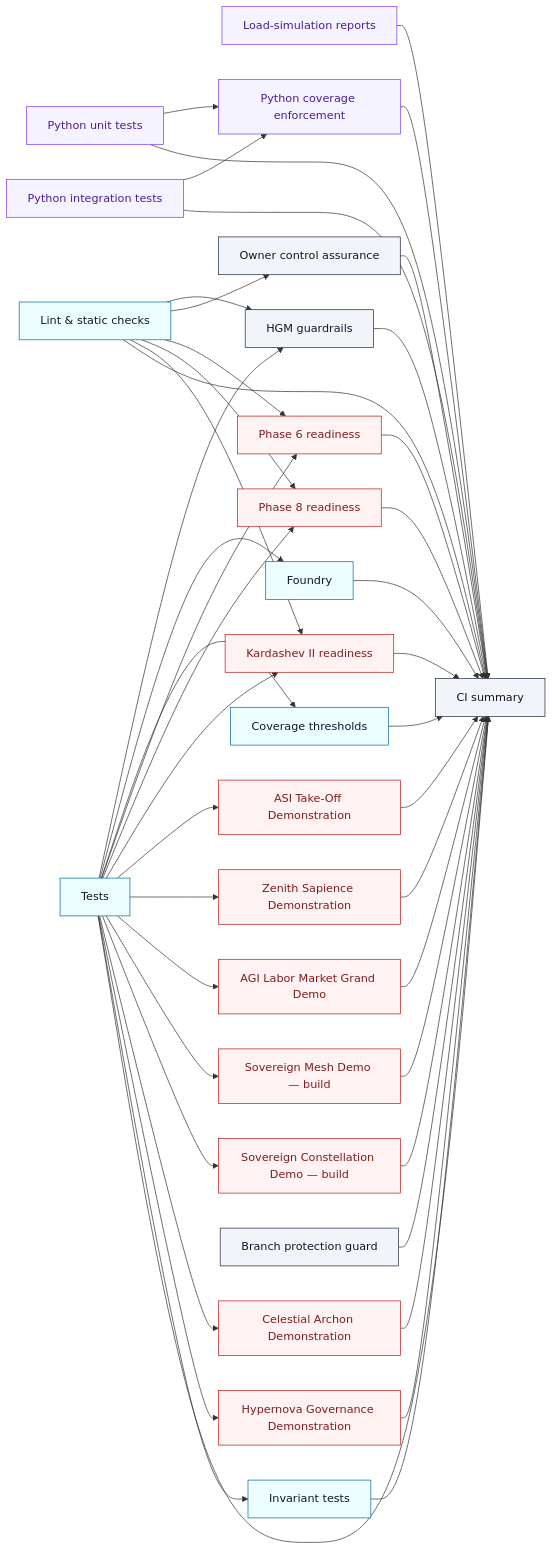
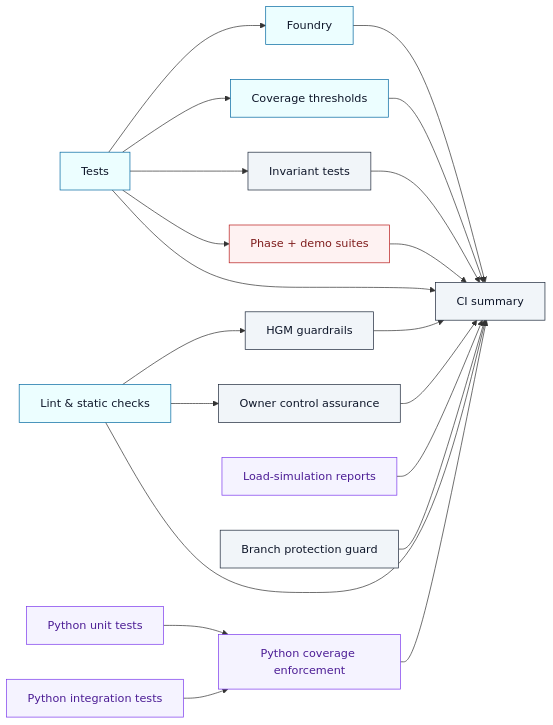
Before and after one commit to MontrealAI/AGIJobsv0: the third of 4 diagrams in README.md, drawn with Mermaid. The commit also changed other lines of this file and 1 other file, not shown here.

````diff
--- a/README.md
+++ b/README.md
@@ -127,75 +96,27 @@
 ```mermaid
 flowchart LR
     classDef base fill:#ecfeff,stroke:#0369a1,color:#0f172a,stroke-width:1px;
-    classDef audit fill:#f1f5f9,stroke:#1e293b,color:#0f172a,stroke-width:1px;
+    classDef analytics fill:#f5f3ff,stroke:#7c3aed,color:#4c1d95,stroke-width:1px;
     classDef demo fill:#fef2f2,stroke:#b91c1c,color:#7f1d1d,stroke-width:1px;
-    classDef analytics fill:#f5f3ff,stroke:#7c3aed,color:#4c1d95,stroke-width:1px;
+    classDef guard fill:#f1f5f9,stroke:#1e293b,color:#0f172a,stroke-width:1px;
 
-    lint["Lint & static checks"]:::base
-    tests["Tests"]:::base
-    pyUnit["Python unit tests"]:::analytics
-    pyInt["Python integration tests"]:::analytics
-    pyLoad["Load-simulation reports"]:::analytics
-    pyCov["Python coverage enforcement"]:::analytics
-    foundry["Foundry"]:::base
-    coverage["Coverage thresholds"]:::base
-    invariants["Invariant tests"]:::base
-    hgm["HGM guardrails"]:::audit
-    ownerCtl["Owner control assurance"]:::audit
-    phase6["Phase 6 readiness"]:::demo
-    phase8["Phase 8 readiness"]:::demo
-    kardashev["Kardashev II readiness"]:::demo
-    asi["ASI Take-Off Demonstration"]:::demo
-    zenith["Zenith Sapience Demonstration"]:::demo
-    labor["AGI Labor Market Grand Demo"]:::demo
-    mesh["Sovereign Mesh Demo — build"]:::demo
-    constellation["Sovereign Constellation Demo — build"]:::demo
-    archon["Celestial Archon Demonstration"]:::demo
-    hypernova["Hypernova Governance Demonstration"]:::demo
-    branchGuard["Branch protection guard"]:::audit
-    summary["CI summary"]:::audit
-
-    pyUnit --> pyCov
-    pyInt --> pyCov
-    lint --> hgm
-    lint --> ownerCtl
-    lint --> phase6
-    lint --> phase8
-    lint --> kardashev
-    tests --> hgm
-    tests --> foundry
-    tests --> coverage
-    tests --> phase6
-    tests --> phase8
-    tests --> kardashev
-    tests --> asi
-    tests --> zenith
-    tests --> labor
-    tests --> mesh
-    tests --> constellation
-    tests --> archon
-    tests --> hypernova
-    tests --> invariants
-    pyCov --> summary
-    pyLoad --> summary
-    pyUnit --> summary
-    pyInt --> summary
-    lint --> summary
-    tests --> summary
+    lint[Lint & static checks]:::base --> hgm[HGM guardrails]:::guard
+    lint --> ownerCtl[Owner control assurance]:::guard
+    tests[Tests]:::base --> foundry[Foundry]:::base
+    tests --> coverage[Coverage thresholds]:::base
+    tests --> invariants[Invariant tests]:::guard
+    tests --> demos[Phase + demo suites]:::demo
+    pyUnit[Python unit tests]:::analytics --> pyCov[Python coverage enforcement]:::analytics
+    pyInt[Python integration tests]:::analytics --> pyCov
+    pyLoad[Load-simulation reports]:::analytics --> summary[CI summary]:::guard
+    branchGuard[Branch protection guard]:::guard --> summary
     foundry --> summary
     coverage --> summary
     invariants --> summary
     hgm --> summary
     ownerCtl --> summary
-    phase6 --> summary
-    phase8 --> summary
-    kardashev --> summary
-    asi --> summary
-    zenith --> summary
-    labor --> summary
-    mesh --> summary
-    constellation --> summary
-    archon --> summary
-    hypernova --> summary
-    branchGuard --> summary
+    demos --> summary
+    pyCov --> summary
+    lint --> summary
+    tests --> summary
 ```
````
